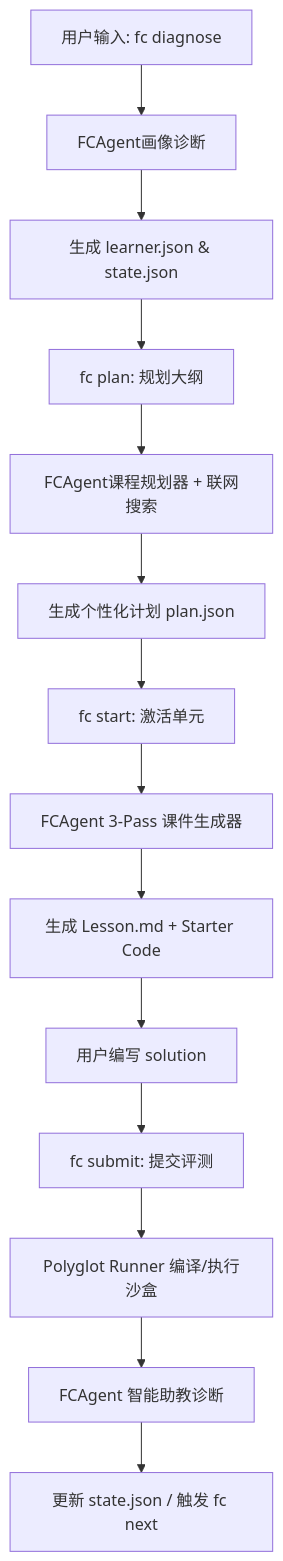
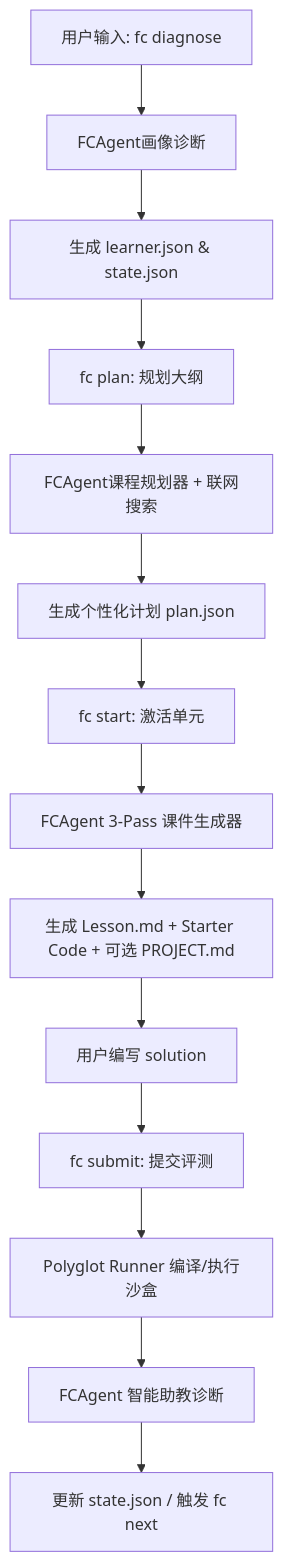
One commit to idealistichacker/MyAgentProject changed the diagram in fcagent_features_detail.md. Above: the diagram before and after it, drawn with Mermaid. The commit also changed other lines of this file and 10 other files, not shown here.

````diff
--- a/fcagent_features_detail.md
+++ b/fcagent_features_detail.md
@@ -11,16 +11,16 @@
 ```mermaid
 graph TD
     A[用户输入: fc diagnose] --> B[FCAgent画像诊断]
     B --> C[生成 learner.json & state.json]
     C --> D[fc plan: 规划大纲]
     D --> E[FCAgent课程规划器 + 联网搜索]
     E --> F[生成个性化计划 plan.json]
     F --> G[fc start: 激活单元]
     G --> H[FCAgent 3-Pass 课件生成器]
-    H --> I[生成 Lesson.md + Starter Code]
+    H --> I[生成 Lesson.md + Starter Code + 可选 PROJECT.md]
     I --> J[用户编写 solution]
     J --> K[fc submit: 提交评测]
     K --> L[Polyglot Runner 编译/执行沙盒]
     L --> M[FCAgent 智能助教诊断]
     M --> N[更新 state.json / 触发 fc next]
 ```
````
